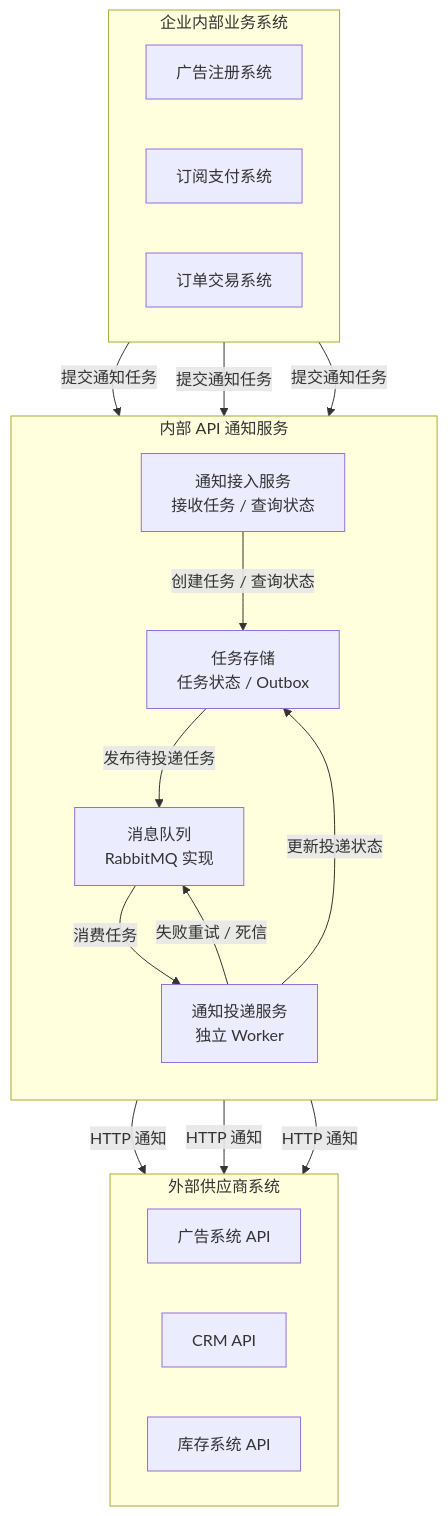
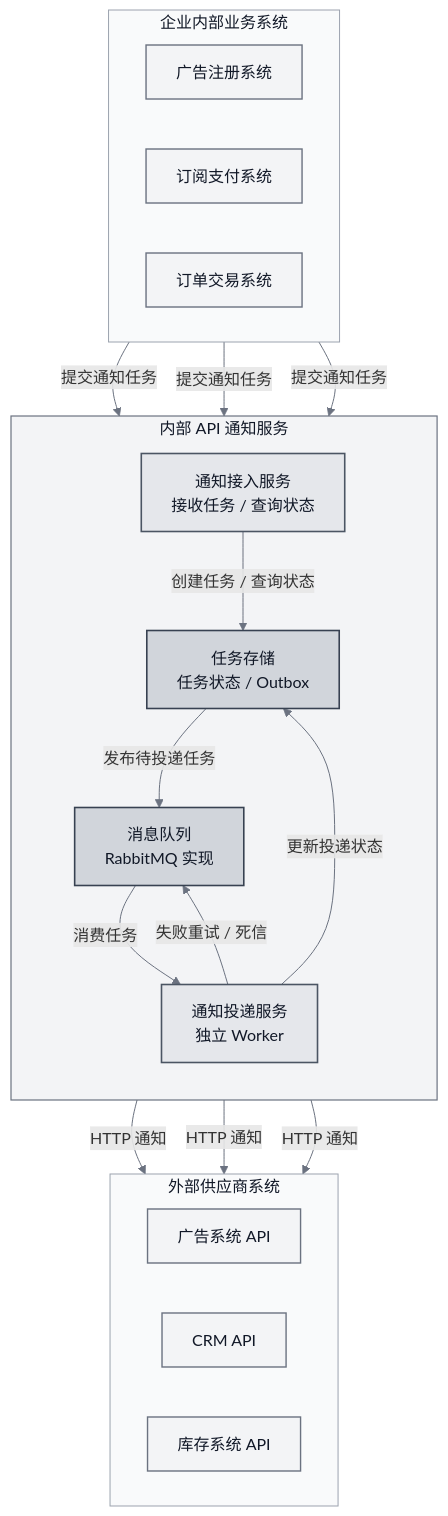
One commit to wuqiaohua/rc_wuqiaohua changed the first of 5 diagrams in doc/架构图.md. Above: the diagram before and after it, drawn with Mermaid. The commit also changed 2 other files, not shown here.

````diff
--- a/doc/架构图.md
+++ b/doc/架构图.md
@@ -9,36 +9,47 @@
 ```mermaid
 flowchart TB
     subgraph Internal["企业内部业务系统"]
         direction LR
         BizA["广告注册系统"]
         BizB["订阅支付系统"]
         BizC["订单交易系统"]
     end
 
     subgraph Notify["内部 API 通知服务"]
         direction TB
         API["通知接入服务<br/>接收任务 / 查询状态"]
         Store["任务存储<br/>任务状态 / Outbox"]
         Queue["消息队列<br/>RabbitMQ 实现"]
         Worker["通知投递服务<br/>独立 Worker"]
     end
 
     subgraph External["外部供应商系统"]
         direction LR
         Ads["广告系统 API"]
         CRM["CRM API"]
         Stock["库存系统 API"]
     end
 
     BizA -->|提交通知任务| API
     BizB -->|提交通知任务| API
     BizC -->|提交通知任务| API
     API -->|创建任务 / 查询状态| Store
     Store -->|发布待投递任务| Queue
     Queue -->|消费任务| Worker
     Worker -->|更新投递状态| Store
     Worker -->|失败重试 / 死信| Queue
     Worker -->|HTTP 通知| Ads
     Worker -->|HTTP 通知| CRM
     Worker -->|HTTP 通知| Stock
+
+    classDef system fill:#f3f4f6,stroke:#6b7280,stroke-width:1.4px,color:#111827;
+    classDef service fill:#e5e7eb,stroke:#4b5563,stroke-width:1.6px,color:#111827;
+    classDef infra fill:#d1d5db,stroke:#374151,stroke-width:1.6px,color:#111827;
+    class BizA,BizB,BizC,Ads,CRM,Stock system;
+    class API,Worker service;
+    class Store,Queue infra;
+    style Internal fill:#f9fafb,stroke:#9ca3af,stroke-width:1px,color:#111827;
+    style Notify fill:#f3f4f6,stroke:#6b7280,stroke-width:1.2px,color:#111827;
+    style External fill:#f9fafb,stroke:#9ca3af,stroke-width:1px,color:#111827;
+    linkStyle default stroke:#6b7280,stroke-width:1px;
 ```
````
